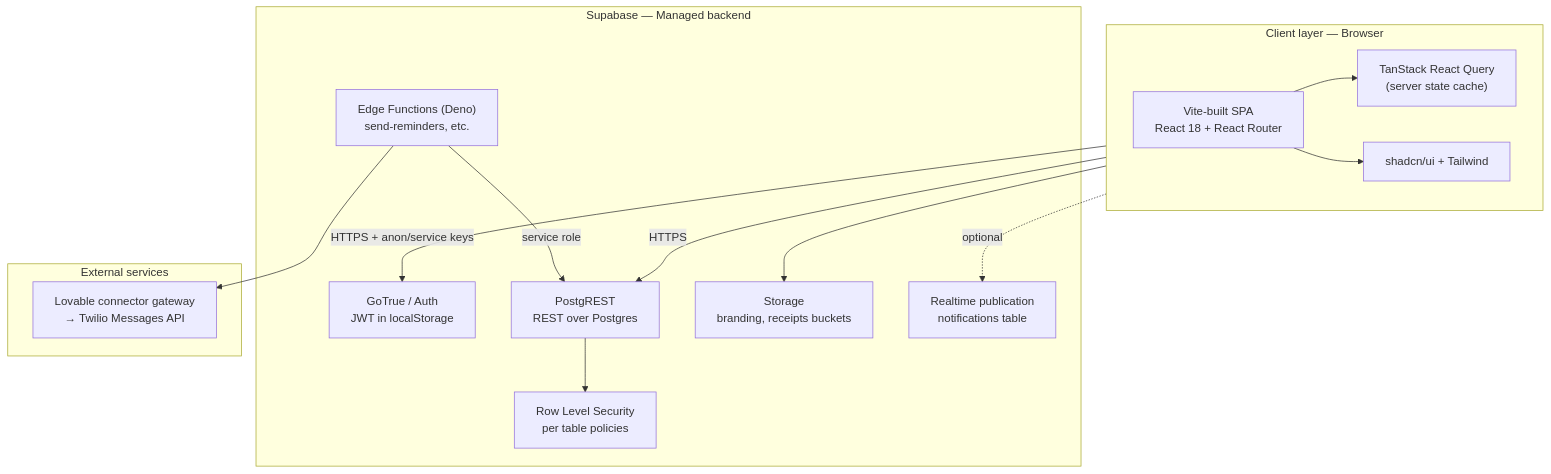
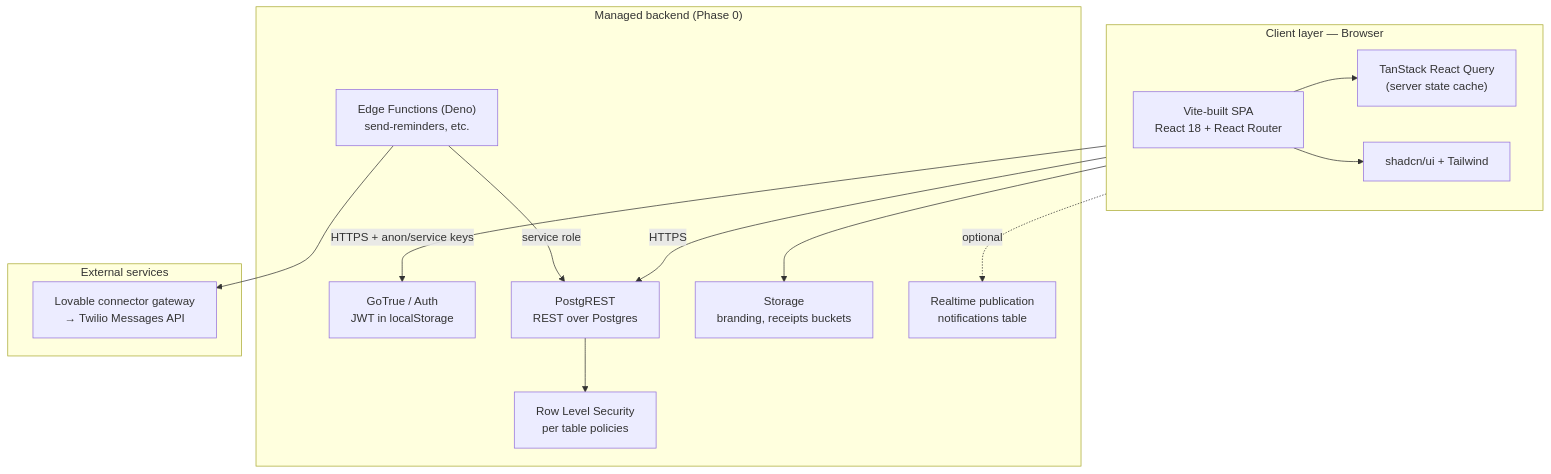
Before and after one commit to arnoldchrisoduor1/barber-house-charm2: the first of 11 diagrams in docs/public/docs-sources/technical-architecture-current-implementation.md, drawn with Mermaid. The commit also changed other lines of this file and 9 other files, not shown here.

````diff
--- a/docs/public/docs-sources/technical-architecture-current-implementation.md
+++ b/docs/public/docs-sources/technical-architecture-current-implementation.md
@@ -26,31 +26,31 @@
 ```mermaid
 flowchart TB
   subgraph client["Client layer — Browser"]
     Vite["Vite-built SPA\nReact 18 + React Router"]
     RQ["TanStack React Query\n(server state cache)"]
     UI["shadcn/ui + Tailwind"]
     Vite --> RQ
     Vite --> UI
   end
 
-  subgraph supa["Supabase — Managed backend"]
+  subgraph supa["Managed backend (Phase 0)"]
     Auth["GoTrue / Auth\nJWT in localStorage"]
     API["PostgREST\nREST over Postgres"]
     RLS["Row Level Security\nper table policies"]
     Store["Storage\nbranding, receipts buckets"]
     RT["Realtime publication\nnotifications table"]
     Edge["Edge Functions (Deno)\nsend-reminders, etc."]
   end
 
   subgraph external["External services"]
     TwilioGW["Lovable connector gateway\n→ Twilio Messages API"]
   end
 
   client -->|HTTPS + anon/service keys| Auth
   client -->|HTTPS| API
   API --> RLS
   client --> Store
   client -.->|optional| RT
   Edge -->|service role| API
   Edge --> TwilioGW
 ```
````
